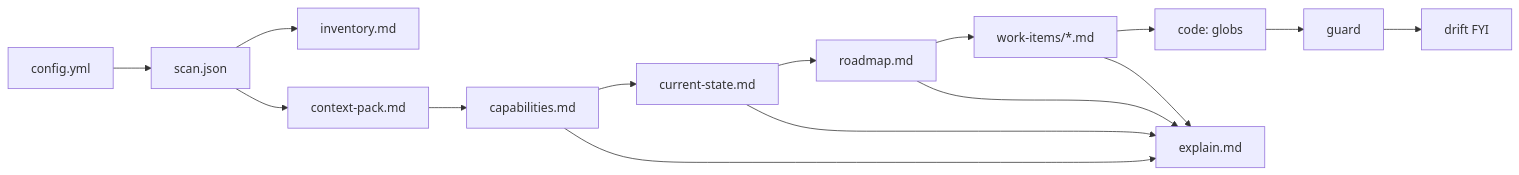
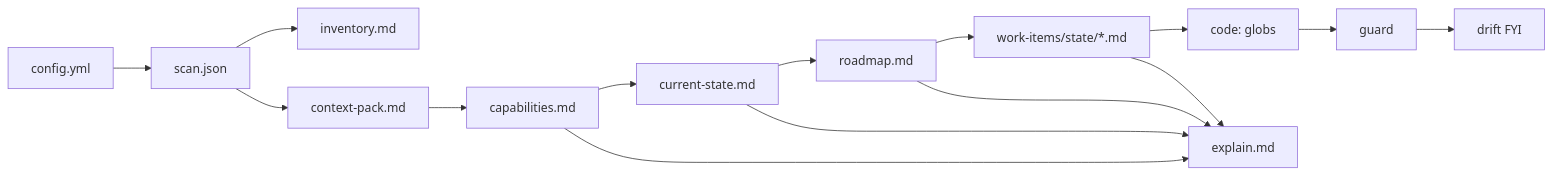
One commit to Kaddo-kdd/kaddo changed the sixth of 15 diagrams in apps/docs/src/content/docs/visual-guide.md. Above: the diagram before and after it, drawn with Mermaid. The commit also changed other lines of this file and 33 other files, not shown here.

````diff
--- a/apps/docs/src/content/docs/visual-guide.md
+++ b/apps/docs/src/content/docs/visual-guide.md
@@ -161,17 +161,17 @@
 ```mermaid
 flowchart LR
     A[config.yml] --> B[scan.json]
     B --> C[inventory.md]
     B --> D[context-pack.md]
     D --> E[capabilities.md]
     E --> F[current-state.md]
     F --> G[roadmap.md]
-    G --> H[work-items/*.md]
+    G --> H[work-items/state/*.md]
     H --> I[code: globs]
     I --> J[guard]
     J --> K[drift FYI]
     E --> L[explain.md]
     F --> L
     G --> L
     H --> L
 ```
````
